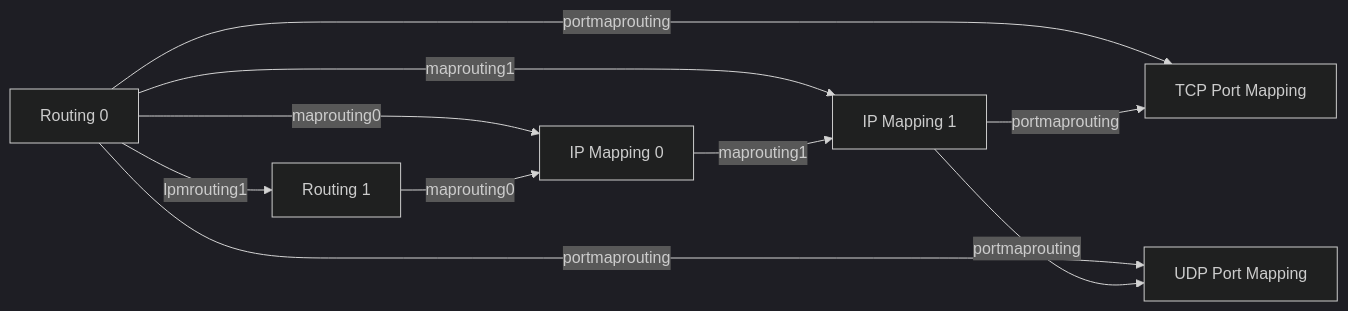
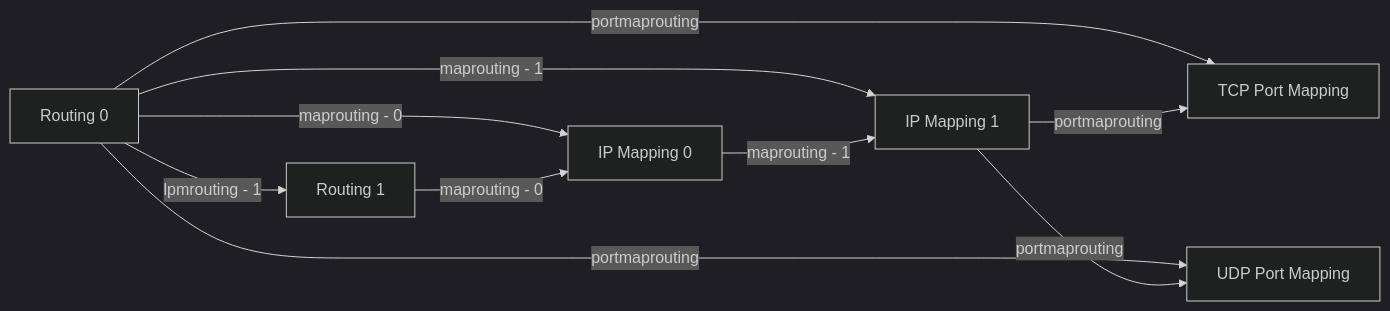
Before and after one commit to sonic-net/DASH: the fifth of 5 diagrams in documentation/general/dash-sai-pipeline-packet-flow.md, drawn with Mermaid (dark theme). The commit also changed other lines of this file, not shown here.

Commit message:
Updating transition type and be more specific on routing type parameter population.

````diff
--- a/documentation/general/dash-sai-pipeline-packet-flow.md
+++ b/documentation/general/dash-sai-pipeline-packet-flow.md
@@ -399,20 +453,20 @@
 ```mermaid
 flowchart LR
     Routing0[Routing 0]
     Routing1[Routing 1]
     Map0[IP Mapping 0]
     Map1[IP Mapping 1]
     TcpPortMap[TCP Port Mapping]
     UdpPortMap[UDP Port Mapping]
 
-    Routing0 --> | lpmrouting1 | Routing1
-    Routing0 --> | maprouting0 | Map0
-    Routing0 --> | maprouting1 | Map1
+    Routing0 --> | lpmrouting - 1 | Routing1
+    Routing0 --> | maprouting - 0 | Map0
+    Routing0 --> | maprouting - 1 | Map1
     Routing0 --> | portmaprouting | TcpPortMap
     Routing0 --> | portmaprouting | UdpPortMap
 
-    Routing1 --> | maprouting0 | Map0
-    Map0 --> | maprouting1 | Map1
+    Routing1 --> | maprouting - 0 | Map0
+    Map0 --> | maprouting - 1 | Map1
     Map1 --> | portmaprouting | TcpPortMap
     Map1 --> | portmaprouting | UdpPortMap
 ```
````
